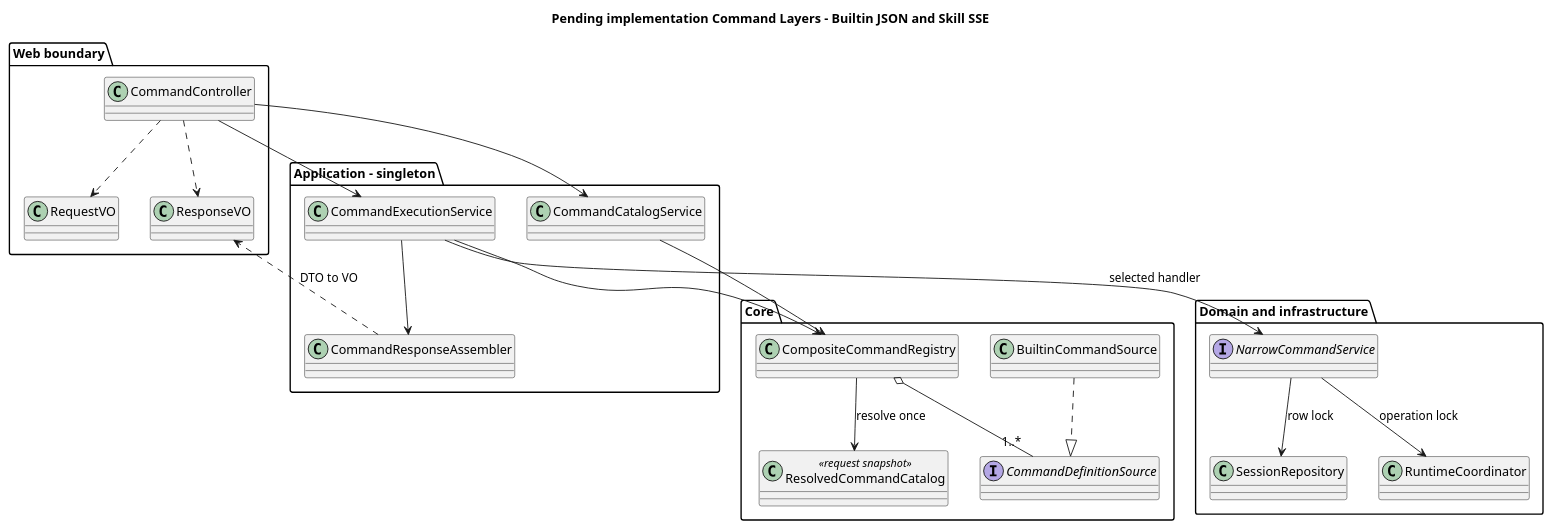
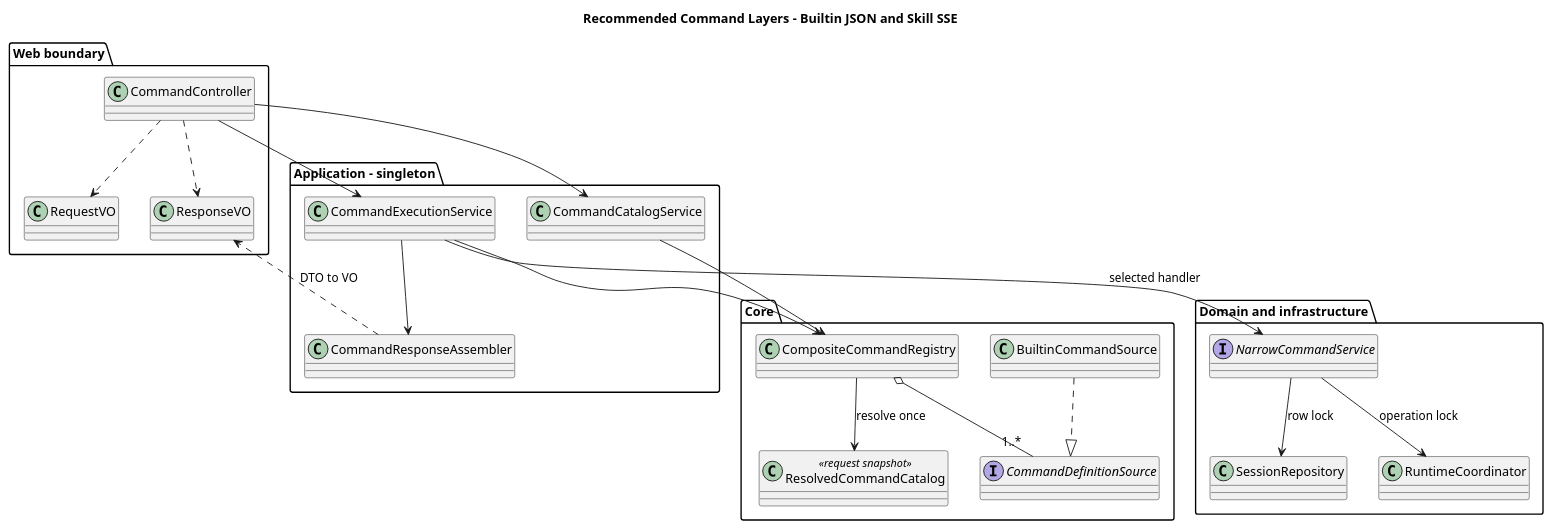
Before and after one commit to ssm0808/pi-mono-java-design: the first of 4 diagrams in 04-命令与技能/00-Slash-Command通用模块/设计图/diagram.puml, drawn with PlantUML. The commit also changed other lines of this file and 20 other files, not shown here.

```diff
--- a/04-命令与技能/00-Slash-Command通用模块/设计图/diagram.puml
+++ b/04-命令与技能/00-Slash-Command通用模块/设计图/diagram.puml
@@ -1,41 +1,41 @@
 @startuml target_slash_command_boundaries
-title Pending implementation Command Layers - Builtin JSON and Skill SSE
+title Recommended Command Layers - Builtin JSON and Skill SSE
 ' Source evidence: pi-mono-java@0bb794f2 modules/coding-agent-cli/src/main/java/com/campusclaw/codingagent/runtimeapi/command/CompositeCommandRegistry.java resolve.
 ' Architecture change: JSON command execution uses narrow services and no generic lifecycle store.
 skinparam shadowing false
 package "Web boundary" {
   class CommandController
   class RequestVO
   class ResponseVO
 }
 package "Application - singleton" {
   class CommandCatalogService
   class CommandExecutionService
   class CommandResponseAssembler
 }
 package "Core" {
   interface CommandDefinitionSource
   class BuiltinCommandSource
   class CompositeCommandRegistry
   class ResolvedCommandCatalog <<request snapshot>>
 }
 package "Domain and infrastructure" {
   interface NarrowCommandService
   class SessionRepository
   class RuntimeCoordinator
 }
 CommandController --> CommandCatalogService
 CommandController --> CommandExecutionService
 CommandController ..> RequestVO
 CommandController ..> ResponseVO
 CommandExecutionService --> CommandResponseAssembler
 CommandCatalogService --> CompositeCommandRegistry
 CommandExecutionService --> CompositeCommandRegistry
 CompositeCommandRegistry o-- "1..*" CommandDefinitionSource
 BuiltinCommandSource ..|> CommandDefinitionSource
 CompositeCommandRegistry --> ResolvedCommandCatalog : resolve once
 CommandExecutionService --> NarrowCommandService : selected handler
 NarrowCommandService --> SessionRepository : row lock
 NarrowCommandService --> RuntimeCoordinator : operation lock
 CommandResponseAssembler ..> ResponseVO : DTO to VO
 @enduml
```
